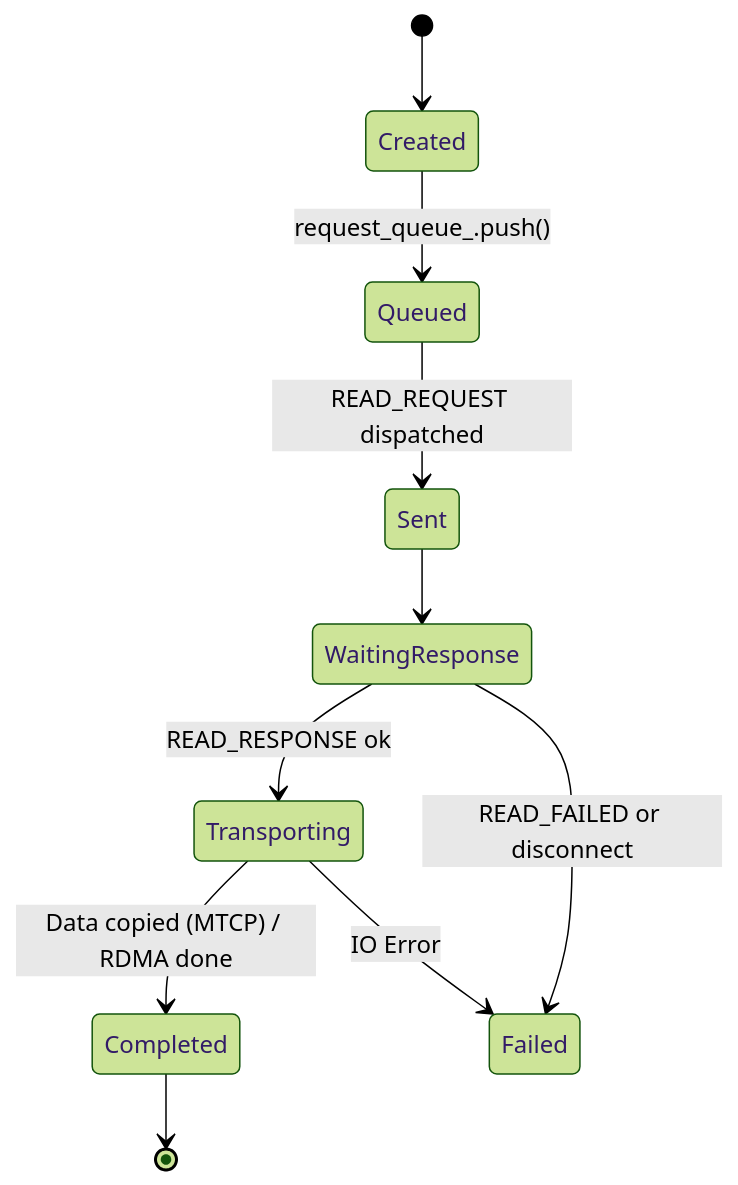
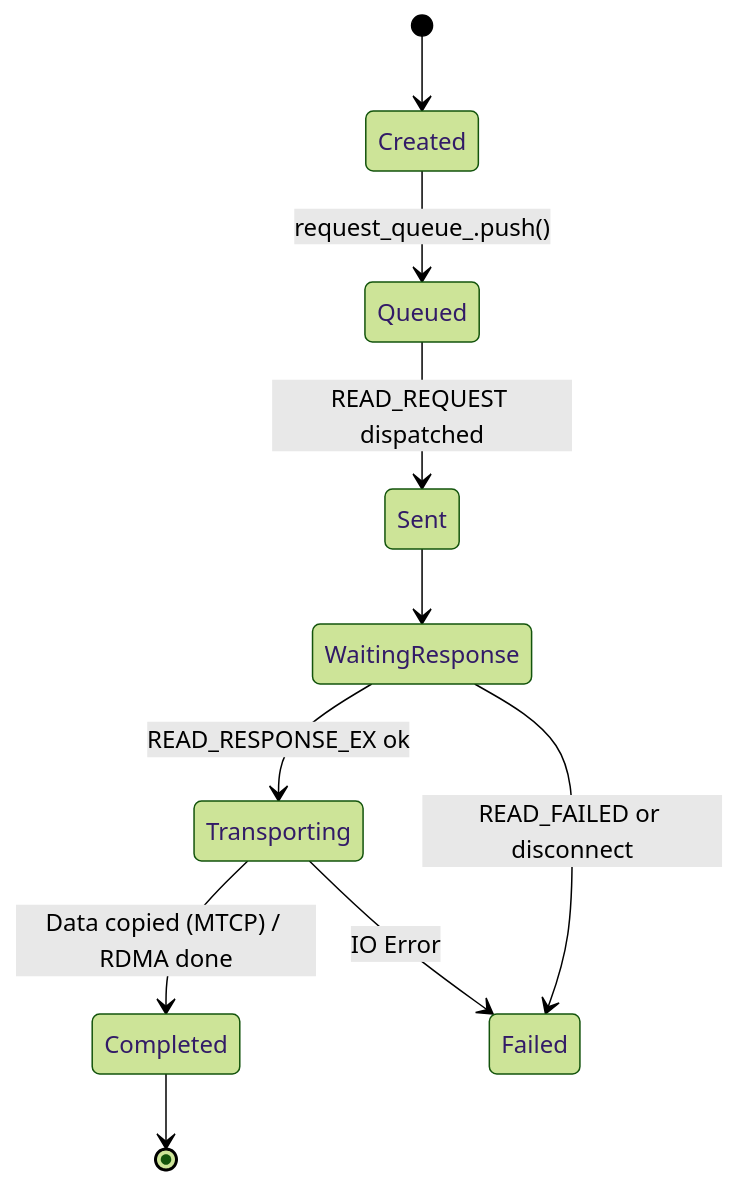
Before and after one commit to tensorcast-ai/tensorcast: diagram 13 of 13 in web-docs/docs/developer-guides/core/communicator/README.md, drawn with Mermaid (forest theme). The commit also changed other lines of this file and 32 other files, not shown here.

````diff
--- a/web-docs/docs/developer-guides/core/communicator/README.md
+++ b/web-docs/docs/developer-guides/core/communicator/README.md
@@ -596,12 +596,12 @@
 ```mermaid
 stateDiagram-v2
     [*] --> Created
     Created --> Queued: request_queue_.push()
     Queued --> Sent: READ_REQUEST dispatched
     Sent --> WaitingResponse
-    WaitingResponse --> Transporting: READ_RESPONSE ok
+    WaitingResponse --> Transporting: READ_RESPONSE_EX ok
     Transporting --> Completed: Data copied (MTCP) / RDMA done
     WaitingResponse --> Failed: READ_FAILED or disconnect
     Transporting --> Failed: IO Error
     Completed --> [*]
 ```
````
